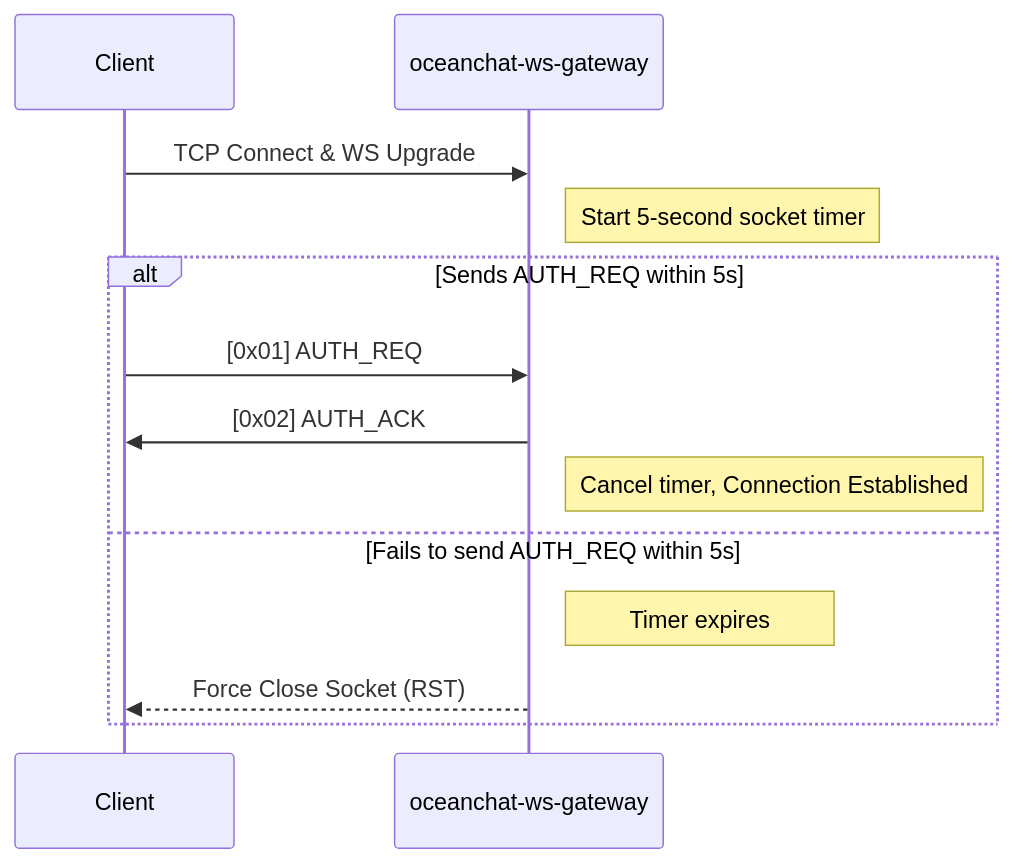
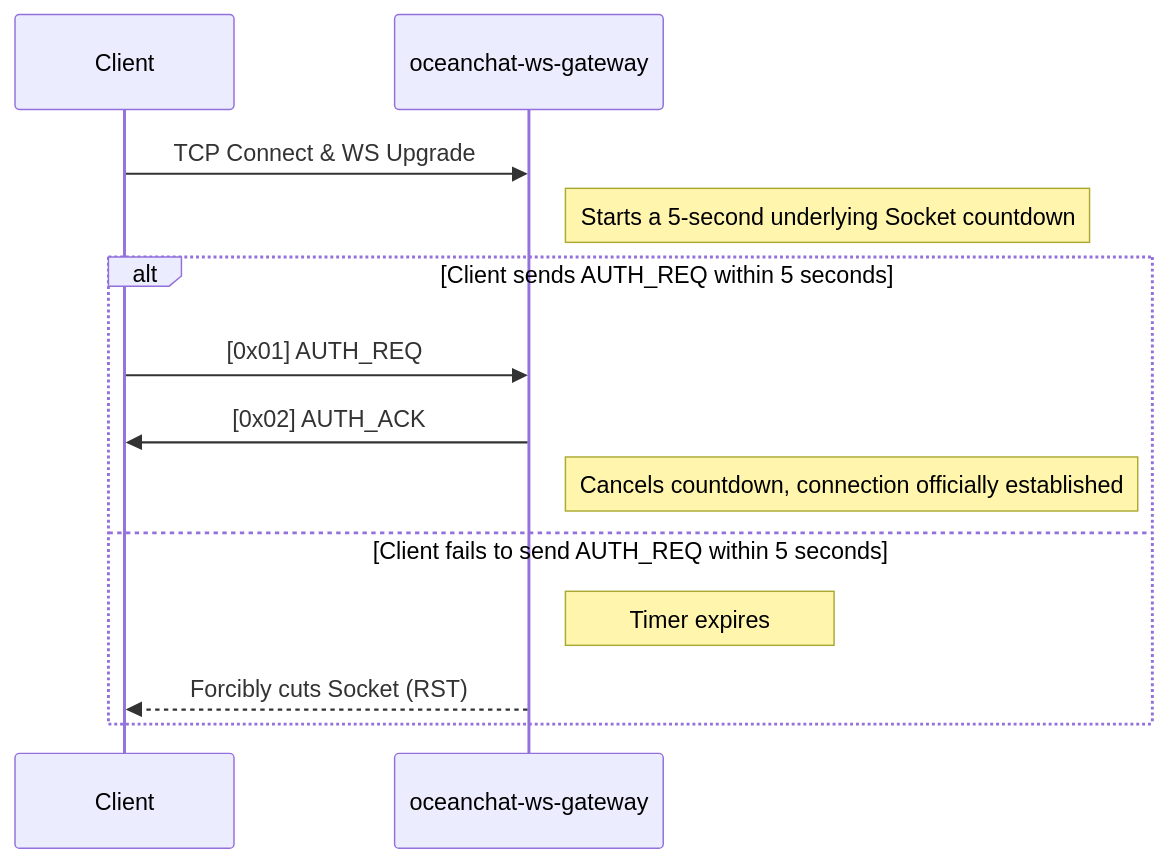
Before and after one commit to JamesWilson19970101/ocean.chat.docs: the second of 5 diagrams in docs/devdocs/monkey-protocol-spec.md, drawn with Mermaid. The commit also changed other lines of this file and 16 other files, not shown here.

First line of the commit message:
docs: Refine message delivery, NATS JetStream, and reliability architecture

````diff
--- a/docs/devdocs/monkey-protocol-spec.md
+++ b/docs/devdocs/monkey-protocol-spec.md
@@ -127,17 +129,17 @@
 ```mermaid
 sequenceDiagram
     participant Client
     participant Gateway as oceanchat-ws-gateway
 
     Client->>Gateway: TCP Connect & WS Upgrade
-    note right of Gateway: Start 5-second socket timer
+    note right of Gateway: Starts a 5-second underlying Socket countdown
 
-    alt Sends AUTH_REQ within 5s
+    alt Client sends AUTH_REQ within 5 seconds
         Client->>Gateway: [0x01] AUTH_REQ
         Gateway->>Client: [0x02] AUTH_ACK
-        note right of Gateway: Cancel timer, Connection Established
-    else Fails to send AUTH_REQ within 5s
+        note right of Gateway: Cancels countdown, connection officially established
+    else Client fails to send AUTH_REQ within 5 seconds
         note right of Gateway: Timer expires
-        Gateway-->>Client: Force Close Socket (RST)
+        Gateway-->>Client: Forcibly cuts Socket (RST)
     end
 ```
````
